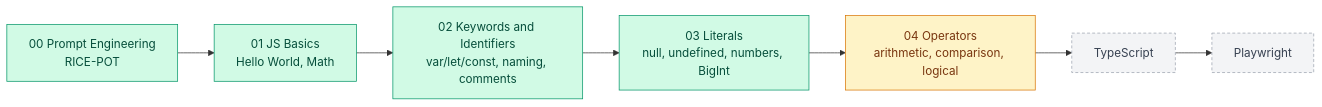
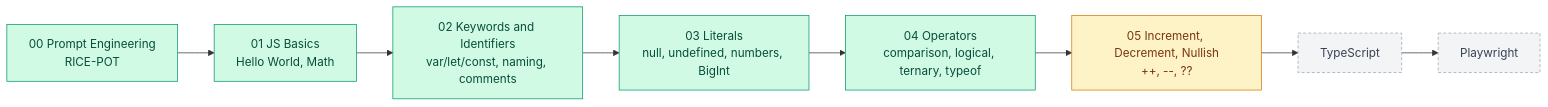
The first of 29 diagrams in README.md (vatsaltalavia26-sketch/LearnJSTSPlaywright4x), drawn with Mermaid before and after one commit. The commit also changed other lines of this file and 21 other files, not shown here.

````diff
--- a/README.md
+++ b/README.md
@@ -48,13 +59,14 @@
 ```mermaid
 flowchart LR
     C0["00 Prompt Engineering<br/>RICE-POT"]:::done --> C1["01 JS Basics<br/>Hello World, Math"]:::done
     C1 --> C2["02 Keywords and Identifiers<br/>var/let/const, naming, comments"]:::done
     C2 --> C3["03 Literals<br/>null, undefined, numbers, BigInt"]:::done
-    C3 --> C4["04 Operators<br/>arithmetic, comparison, logical"]:::progress
-    C4 --> TS["TypeScript"]:::planned
+    C3 --> C4["04 Operators<br/>comparison, logical, ternary, typeof"]:::done
+    C4 --> C5["05 Increment, Decrement, Nullish<br/>++, --, ??"]:::progress
+    C5 --> TS["TypeScript"]:::planned
     TS --> PW["Playwright"]:::planned
 
     classDef done fill:#d1fae5,stroke:#059669,color:#064e3b
     classDef progress fill:#fef3c7,stroke:#d97706,color:#78350f
     classDef planned fill:#f3f4f6,stroke:#9ca3af,color:#374151,stroke-dasharray: 4 3
 ```
````
